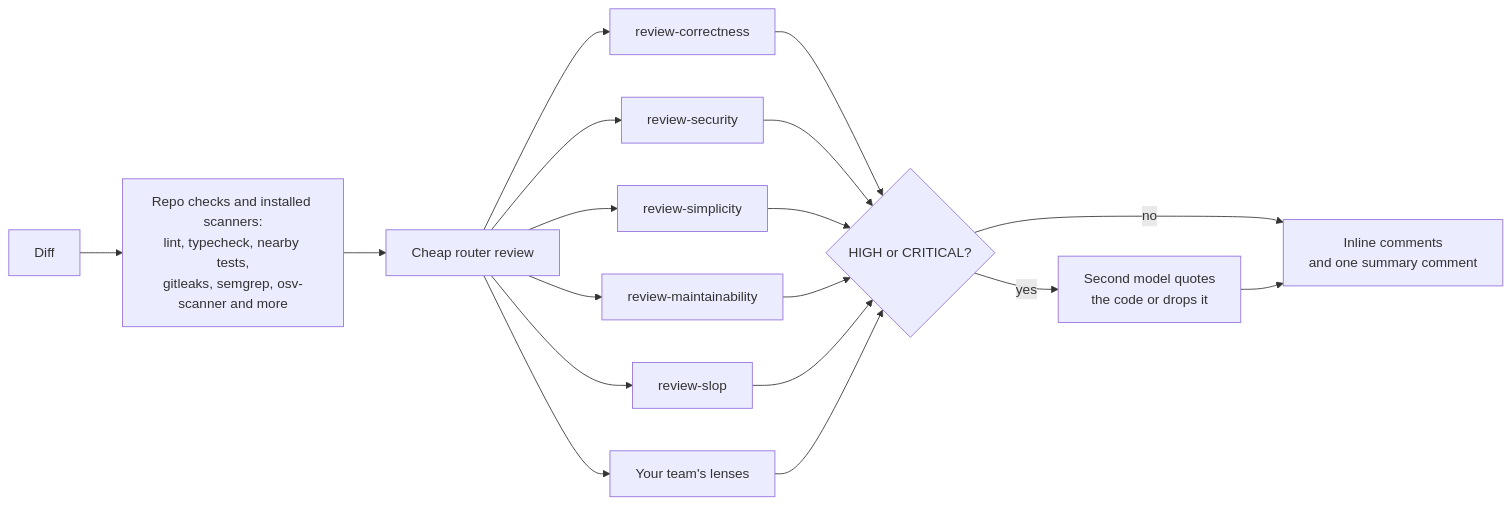
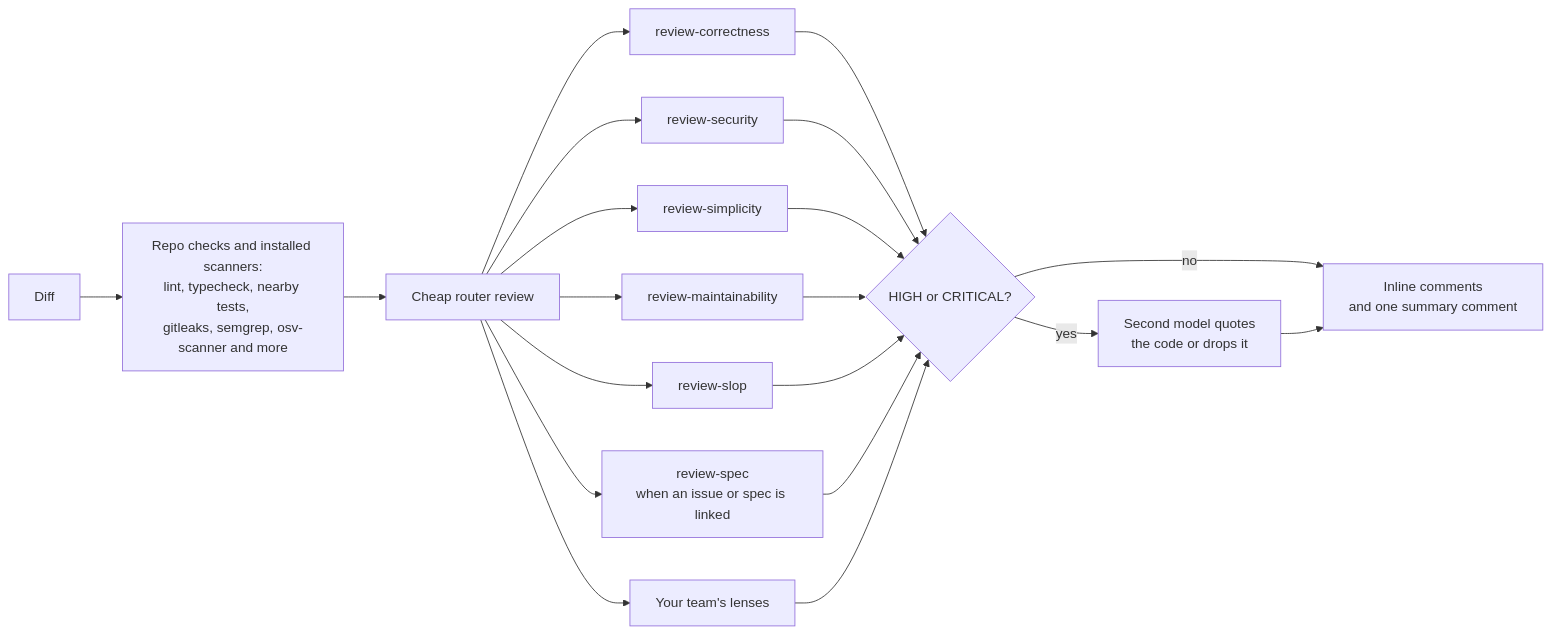
The fifth of 12 diagrams in README.md (jagreehal/shepherd), drawn with Mermaid before and after one commit. The commit also changed other lines of this file and 41 other files, not shown here.

````diff
--- a/README.md
+++ b/README.md
@@ -88,15 +132,16 @@
 ```mermaid
 flowchart LR
     D[Diff] --> CK[Repo checks and installed scanners:<br/>lint, typecheck, nearby tests,<br/>gitleaks, semgrep, osv-scanner and more]
     CK --> RT[Cheap router review]
     RT --> L1[review-correctness]
     RT --> L2[review-security]
     RT --> L3[review-simplicity]
     RT --> L4[review-maintainability]
     RT --> L5[review-slop]
+    RT --> L6[review-spec<br/>when an issue or spec is linked]
     RT --> LT[Your team's lenses]
-    L1 & L2 & L3 & L4 & L5 & LT --> VF{HIGH or CRITICAL?}
+    L1 & L2 & L3 & L4 & L5 & L6 & LT --> VF{HIGH or CRITICAL?}
     VF -- yes --> V2[Second model quotes<br/>the code or drops it]
     VF -- no --> P
     V2 --> P[Inline comments<br/>and one summary comment]
 ```
````
